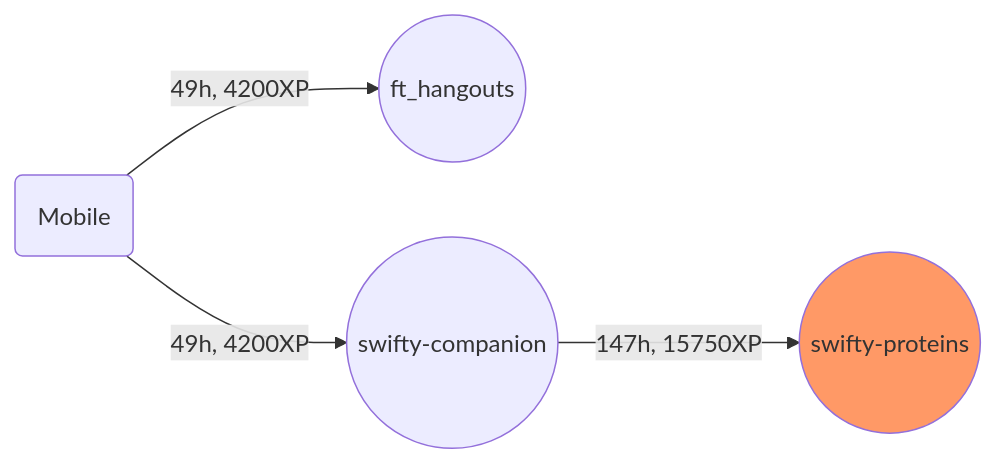
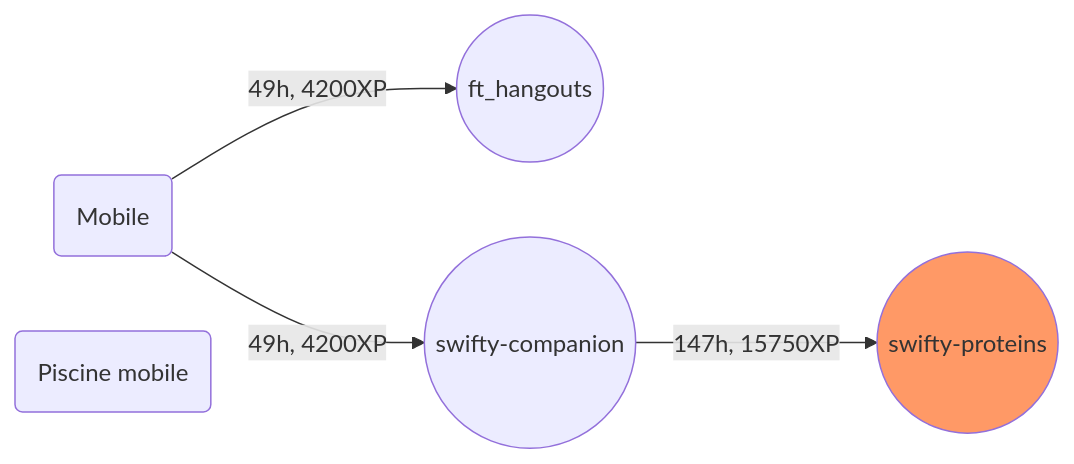
Before and after one commit to jmcheon/web_mobile_branch: the sixth of 6 diagrams in README.md, drawn with Mermaid. The commit also changed other lines of this file, not shown here.

````diff
--- a/README.md
+++ b/README.md
@@ -101,7 +115,8 @@
 ```mermaid
 flowchart LR
+	p(Piscine mobile)
 	0(Mobile) -- 49h, 4200XP --> A((ft_hangouts))
 	0 -- 49h, 4200XP -->B((swifty-companion))
 	B -- 147h, 15750XP -->C((swifty-proteins)):::group
     classDef group fill:#f96
 ```
````
